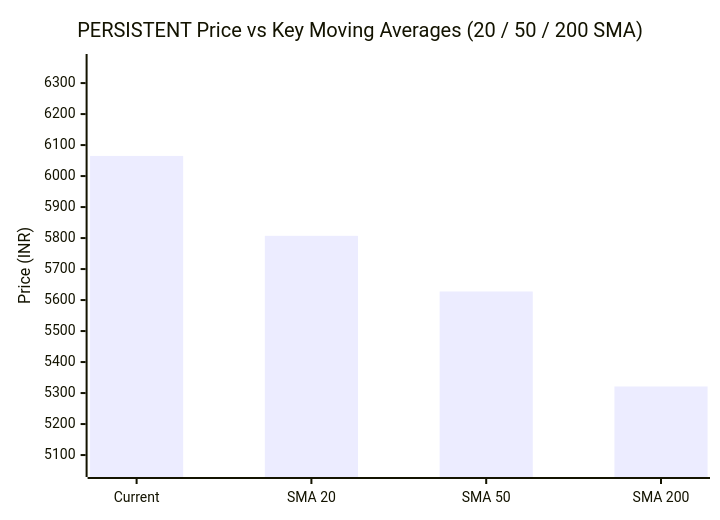
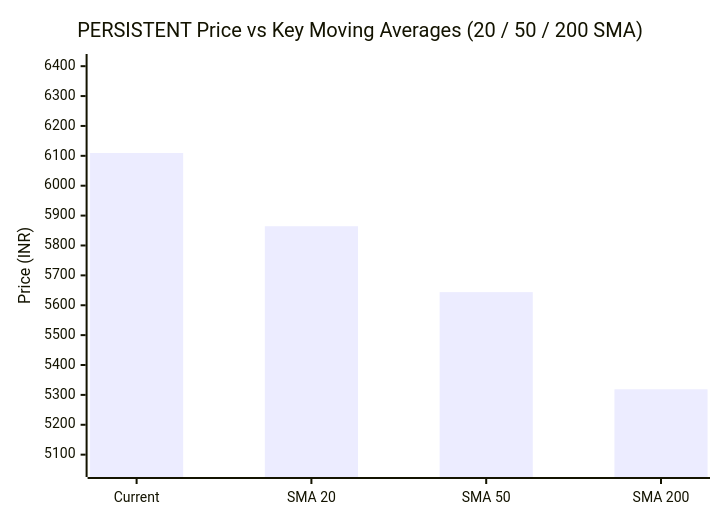
One commit to purnareddy9/dev changed the second of 2 diagrams in market-intelligence/stocks/PERSISTENT/latest.md. Above: the diagram before and after it, drawn with Mermaid. The commit also changed other lines of this file and 4 other files, not shown here.

````diff
--- a/market-intelligence/stocks/PERSISTENT/latest.md
+++ b/market-intelligence/stocks/PERSISTENT/latest.md
@@ -52,7 +52,7 @@
 ```mermaid
 xychart-beta
     title "PERSISTENT Price vs Key Moving Averages (20 / 50 / 200 SMA)"
     x-axis ["Current", "SMA 20", "SMA 50", "SMA 200"]
-    y-axis "Price (INR)" 5055 --> 6368
-    bar [6065.0, 5807.15, 5627.7, 5321.28]
+    y-axis "Price (INR)" 5052 --> 6414
+    bar [6109.5, 5864.48, 5643.96, 5318.73]
 ```
````
